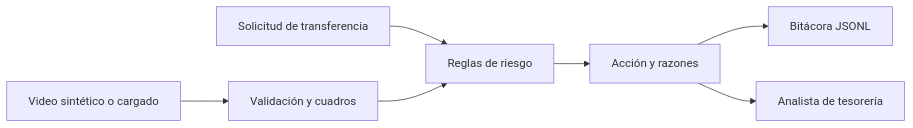
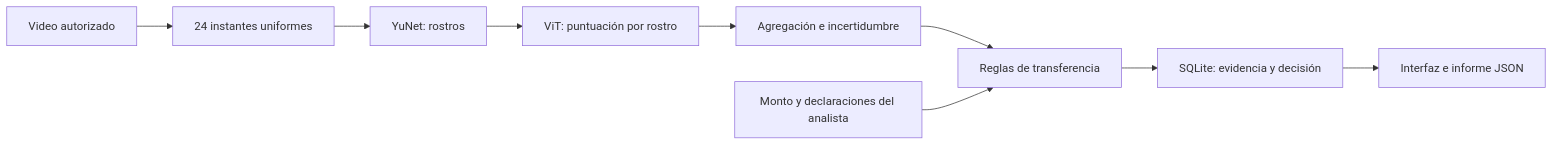
One commit to Lmas97/Prototipo_deepfake changed the diagram in docs/proyecto_y_alcance.md. Above: the diagram before and after it, drawn with Mermaid. The commit also changed other lines of this file and 29 other files, not shown here.

````diff
--- a/docs/proyecto_y_alcance.md
+++ b/docs/proyecto_y_alcance.md
@@ -43,9 +43,11 @@
 ```mermaid
 flowchart LR
-  A[Video sintético o cargado] --> B[Validación y cuadros]
-  C[Solicitud de transferencia] --> D[Reglas de riesgo]
-  B --> D
-  D --> E[Acción y razones]
-  E --> F[Bitácora JSONL]
-  E --> G[Analista de tesorería]
+  A[Video autorizado] --> B[24 instantes uniformes]
+  B --> C[YuNet: rostros]
+  C --> D[ViT: puntuación por rostro]
+  D --> E[Agregación e incertidumbre]
+  E --> F[Reglas de transferencia]
+  G[Monto y declaraciones del analista] --> F
+  F --> H[SQLite: evidencia y decisión]
+  H --> I[Interfaz e informe JSON]
 ```
````
